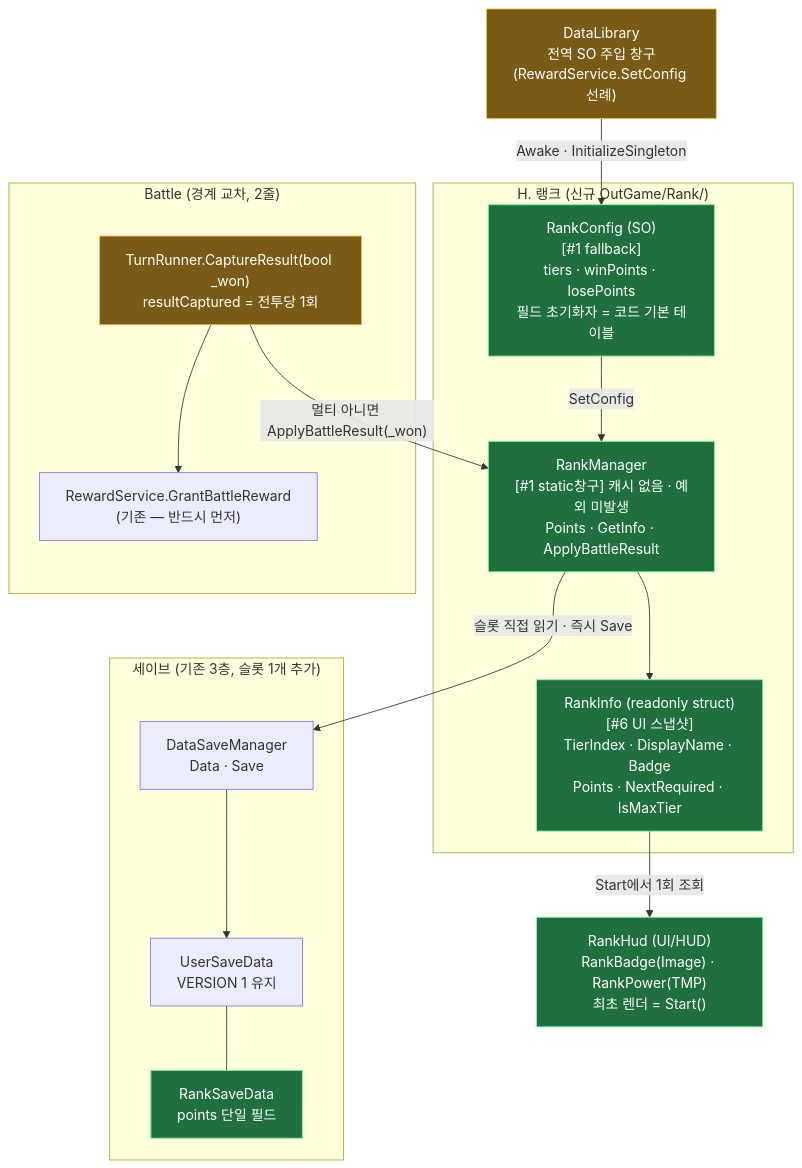
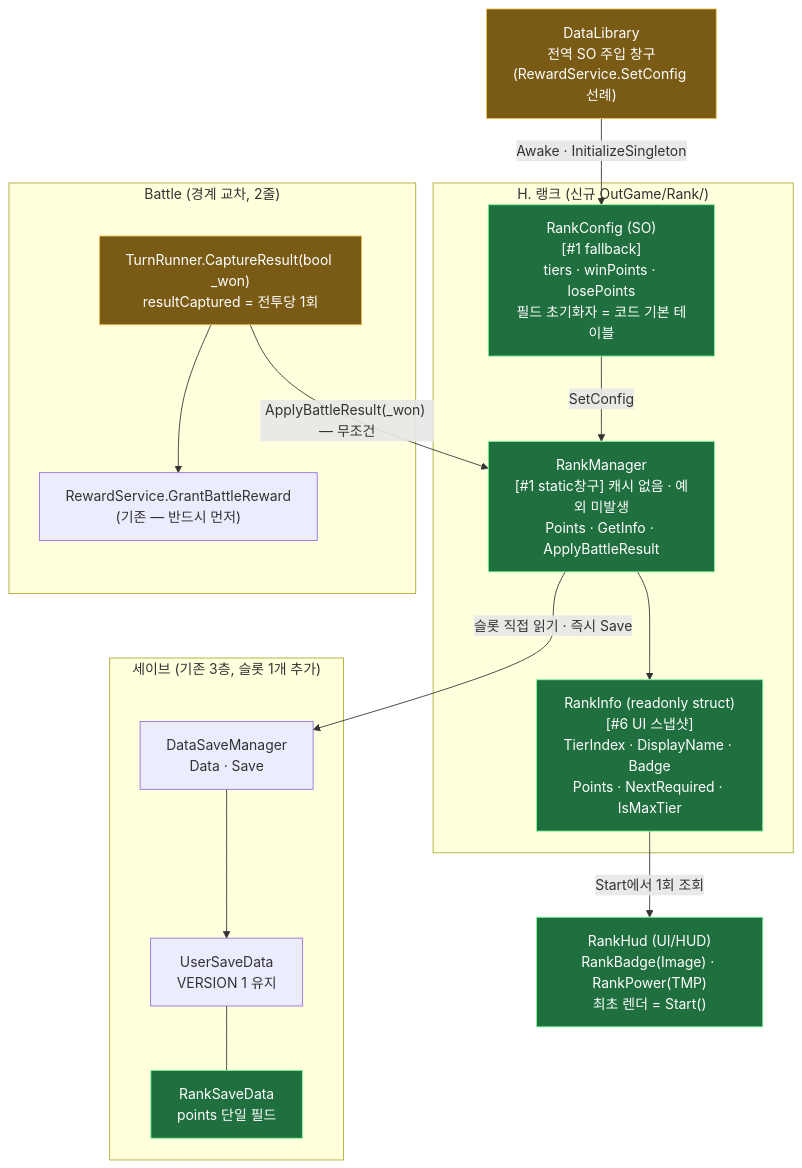
Before and after one commit to hspark-maker/TeamfightTCG_Migriation: diagram 16 of 17 in docs/OutGamePlan/STRUCTURE.md, drawn with Mermaid. The commit also changed other lines of this file and 8 other files, not shown here.

````diff
--- a/docs/OutGamePlan/STRUCTURE.md
+++ b/docs/OutGamePlan/STRUCTURE.md
@@ -827,35 +827,35 @@
 ```mermaid
 flowchart TD
     subgraph save["세이브 (기존 3층, 슬롯 1개 추가)"]
         DSM["DataSaveManager<br/>Data · Save"]
         USD["UserSaveData<br/>VERSION 1 유지"]
         RSD["RankSaveData<br/>points 단일 필드"]:::new
     end
 
     subgraph rank["H. 랭크 (신규 OutGame/Rank/)"]
         CFG["RankConfig (SO)<br/>[#1 fallback]<br/>tiers · winPoints · losePoints<br/>필드 초기화자 = 코드 기본 테이블"]:::new
         MGR["RankManager<br/>[#1 static창구] 캐시 없음 · 예외 미발생<br/>Points · GetInfo · ApplyBattleResult"]:::new
         INFO["RankInfo (readonly struct)<br/>[#6 UI 스냅샷]<br/>TierIndex · DisplayName · Badge<br/>Points · NextRequired · IsMaxTier"]:::new
     end
 
     subgraph battle["Battle (경계 교차, 2줄)"]
         TR["TurnRunner.CaptureResult(bool _won)<br/>resultCaptured = 전투당 1회"]:::chg
         RS["RewardService.GrantBattleReward<br/>(기존 — 반드시 먼저)"]
     end
 
     DL["DataLibrary<br/>전역 SO 주입 창구<br/>(RewardService.SetConfig 선례)"]:::chg
     HUD["RankHud (UI/HUD)<br/>RankBadge(Image) · RankPower(TMP)<br/>최초 렌더 = Start()"]:::new
 
     DSM --> USD
     USD --- RSD
     MGR -->|"슬롯 직접 읽기 · 즉시 Save"| DSM
     CFG -->|SetConfig| MGR
     DL -->|"Awake · InitializeSingleton"| CFG
     TR --> RS
-    TR -->|"멀티 아니면 ApplyBattleResult(_won)"| MGR
+    TR -->|"ApplyBattleResult(_won) — 무조건"| MGR
     MGR --> INFO
     INFO -->|"Start에서 1회 조회"| HUD
 
     classDef new fill:#1f6f3f,stroke:#7CFC9E,color:#fff;
     classDef chg fill:#7a5b16,stroke:#f2c14e,color:#fff;
 ```
````
